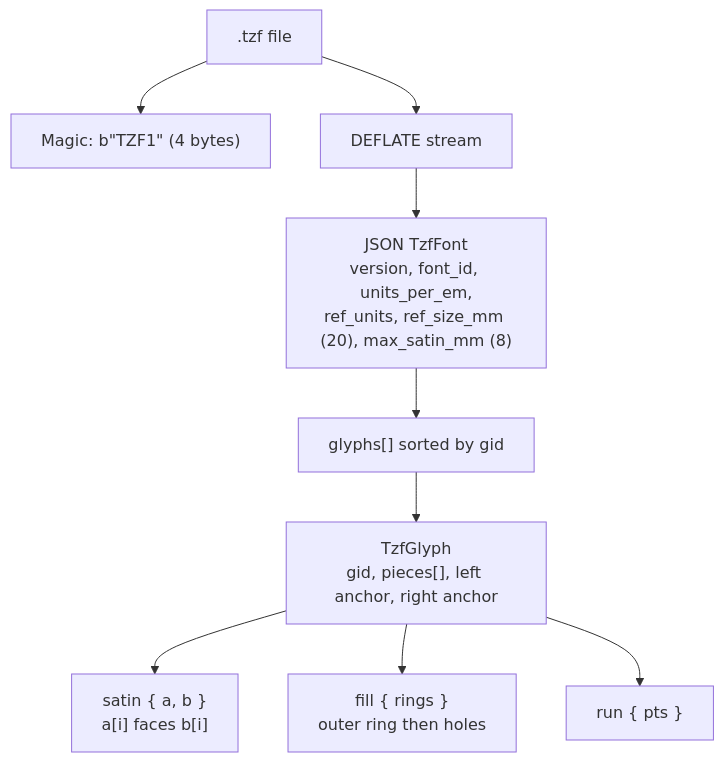
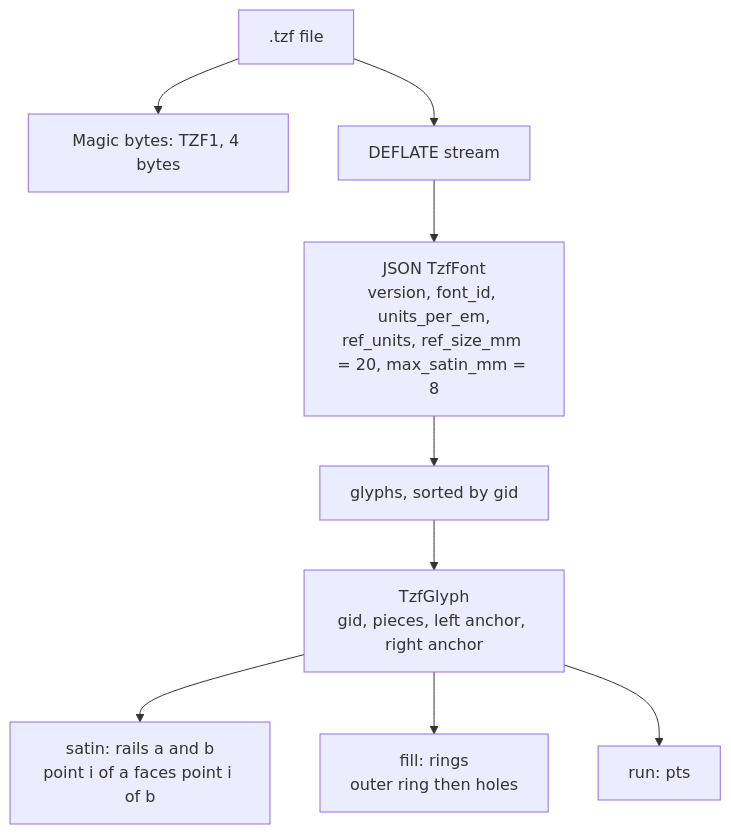
Before and after one commit to TerminalDZ/tarz-text: the third of 4 diagrams in README.ar.md, drawn with Mermaid. The commit also changed other lines of this file and 1 other file, not shown here.

Commit message:
docs: GitHub-safe mermaid diagrams

````diff
--- a/README.ar.md
+++ b/README.ar.md
@@ -186,11 +186,11 @@
 ```mermaid
 flowchart TD
-    F[".tzf file"] --> M["Magic: b&quot;TZF1&quot; (4 bytes)"]
+    F[".tzf file"] --> M["Magic bytes: TZF1, 4 bytes"]
     F --> Z["DEFLATE stream"]
-    Z --> J["JSON TzfFont<br/>version, font_id, units_per_em,<br/>ref_units, ref_size_mm (20), max_satin_mm (8)"]
-    J --> G["glyphs[] sorted by gid"]
-    G --> GL["TzfGlyph<br/>gid, pieces[], left anchor, right anchor"]
-    GL --> S["satin { a, b }<br/>a[i] faces b[i]"]
-    GL --> FI["fill { rings }<br/>outer ring then holes"]
-    GL --> RU["run { pts }"]
+    Z --> J["JSON TzfFont<br>version, font_id, units_per_em,<br>ref_units, ref_size_mm = 20, max_satin_mm = 8"]
+    J --> G["glyphs, sorted by gid"]
+    G --> GL["TzfGlyph<br>gid, pieces, left anchor, right anchor"]
+    GL --> S["satin: rails a and b<br>point i of a faces point i of b"]
+    GL --> FI["fill: rings<br>outer ring then holes"]
+    GL --> RU["run: pts"]
 ```
````
